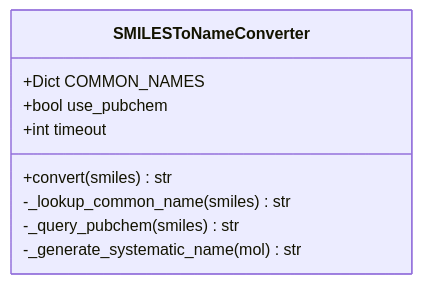
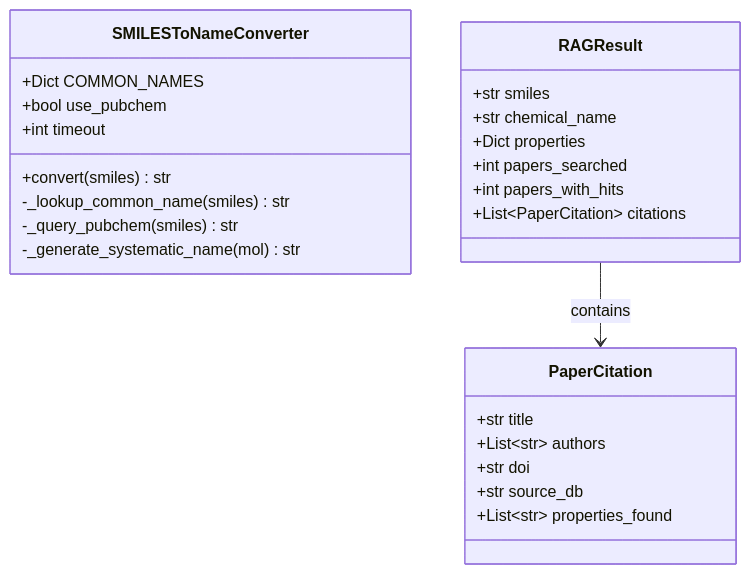
One commit to josefberman/EnergeticGraph changed diagram 12 of 19 in docs/system_design.md. Above: the diagram before and after it, drawn with Mermaid. The commit also changed other lines of this file and 4 other files, not shown here.

Commit message:
feat: Enhance RAG property retrieval by adding citation tracking and CLI display; suppress RDKit warnings in main entry points. Update system design documentation to reflect new citation features and improve clarity on literature-derived properties.

````diff
--- a/docs/system_design.md
+++ b/docs/system_design.md
@@ -580,12 +585,31 @@
 ```mermaid
 classDiagram
     class SMILESToNameConverter {
         +Dict COMMON_NAMES
         +bool use_pubchem
         +int timeout
         +convert(smiles) str
         -_lookup_common_name(smiles) str
         -_query_pubchem(smiles) str
         -_generate_systematic_name(mol) str
     }
+    
+    class PaperCitation {
+        +str title
+        +List~str~ authors
+        +str doi
+        +str source_db
+        +List~str~ properties_found
+    }
+    
+    class RAGResult {
+        +str smiles
+        +str chemical_name
+        +Dict properties
+        +int papers_searched
+        +int papers_with_hits
+        +List~PaperCitation~ citations
+    }
+    
+    RAGResult --> PaperCitation : contains
 ```
````
